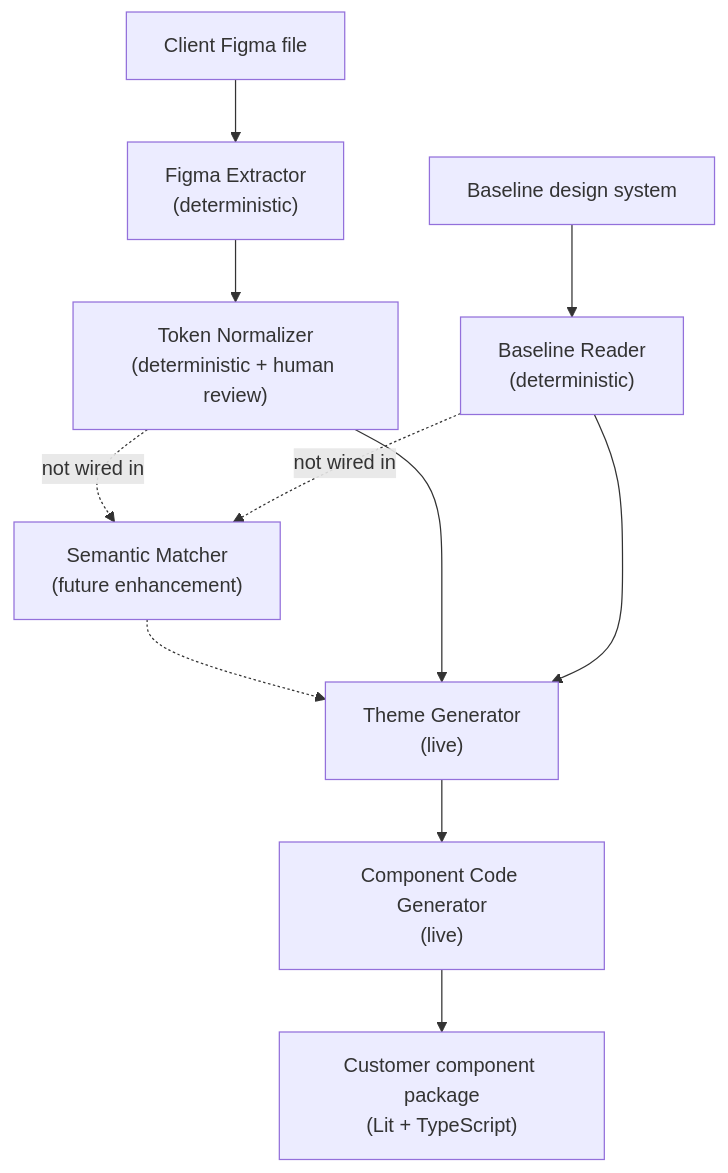
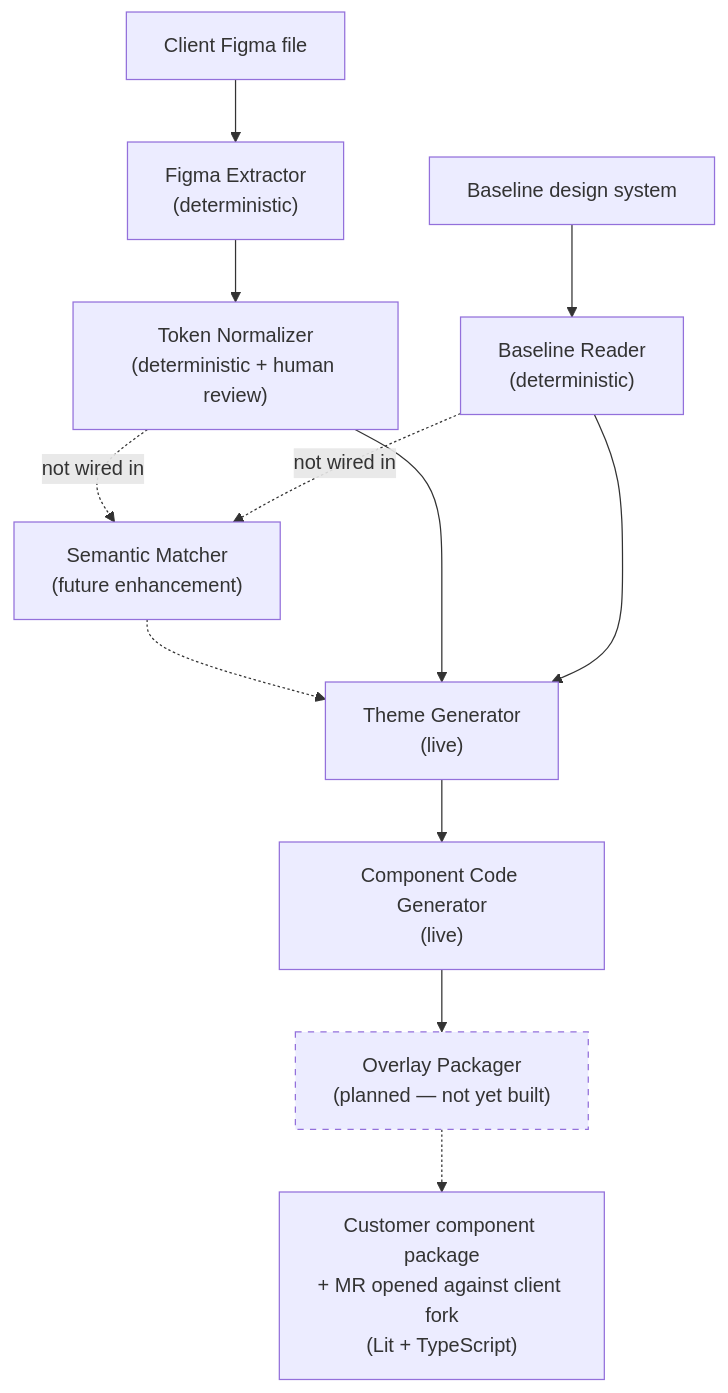
One commit to UDG-Dirk/agentos-docker-template changed the diagram in README.md. Above: the diagram before and after it, drawn with Mermaid. The commit also changed other lines of this file, not shown here.

Commit message:
docs: README mermaid — add planned Overlay Packager node
Diagram ended at Component Code Generator output as if the customer package
materialises automatically. Adds a dashed planned node (Overlay Packager —
forks helix-code, applies token values, opens a client-fork MR — not built
yet) plus a callout so delivery isn't implied to be a local file today.

````diff
--- a/README.md
+++ b/README.md
@@ -77,13 +77,15 @@
 ```mermaid
 flowchart TD
     F["Client Figma file"] --> EX["Figma Extractor<br/>(deterministic)"]
     EX --> TN["Token Normalizer<br/>(deterministic + human review)"]
     B["Baseline design system"] --> BR["Baseline Reader<br/>(deterministic)"]
     TN -.->|"not wired in"| SM["Semantic Matcher<br/>(future enhancement)"]
     BR -.->|"not wired in"| SM
     SM -.-> TG["Theme Generator<br/>(live)"]
     TN --> TG
     BR --> TG
     TG --> CCG["Component Code Generator<br/>(live)"]
-    CCG --> OUT["Customer component package<br/>(Lit + TypeScript)"]
+    CCG --> PKG["Overlay Packager<br/>(planned — not yet built)"]
+    PKG -.-> OUT["Customer component package<br/>+ MR opened against client fork<br/>(Lit + TypeScript)"]
+    style PKG stroke-dasharray: 5 5
 ```
````
